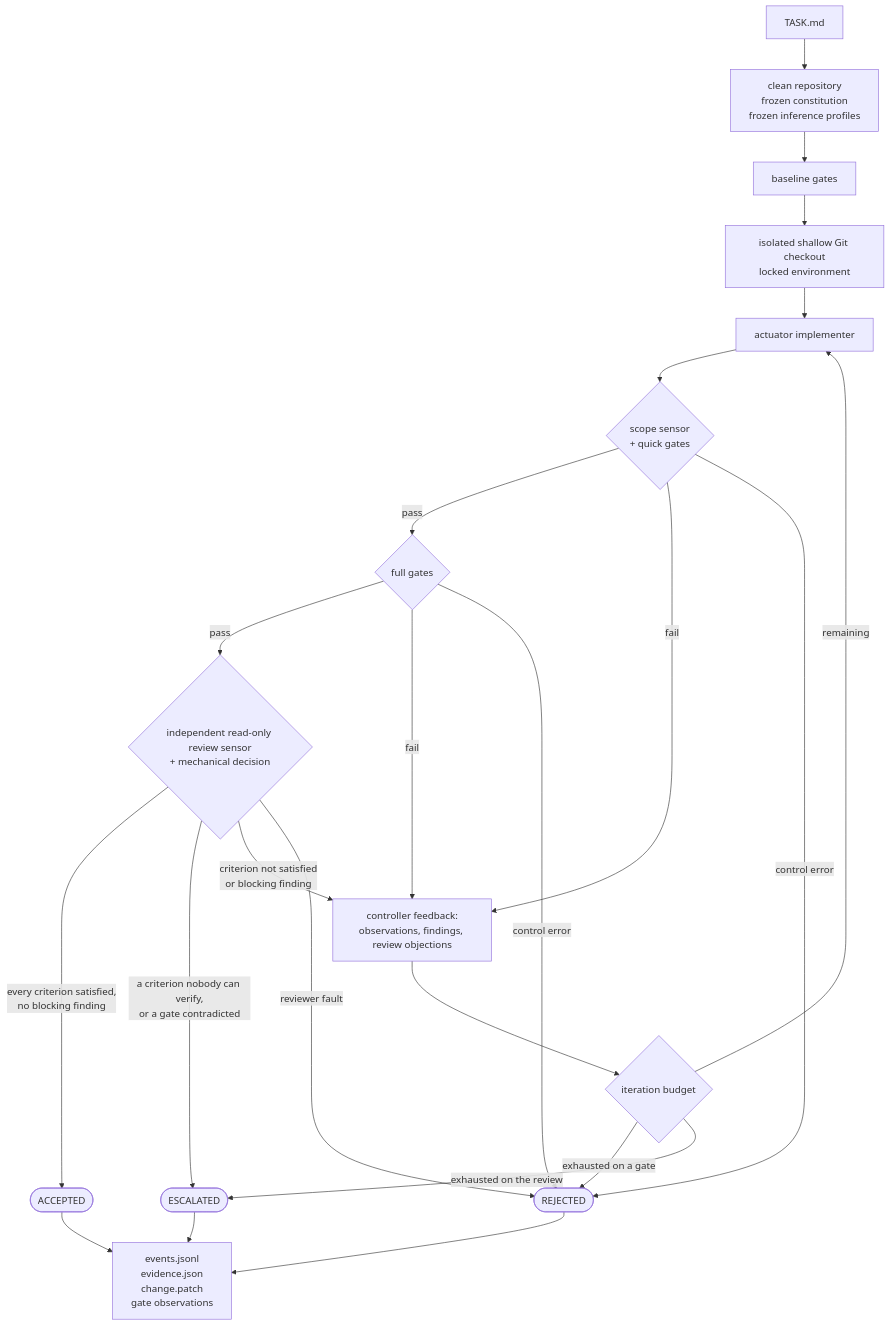
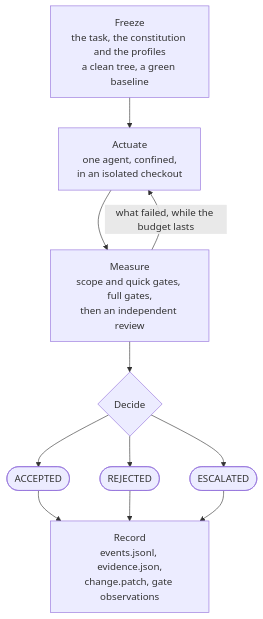
The diagram in README.md (jeanjerome/codeservo), drawn with Mermaid before and after one commit. The commit also changed other lines of this file and 14 other files, not shown here.

````diff
--- a/README.md
+++ b/README.md
@@ -18,25 +26,17 @@
 ```mermaid
 flowchart TD
-    task["TASK.md"] --> frozen["clean repository<br/>frozen constitution<br/>frozen inference profiles"]
-    frozen --> baseline["baseline gates"]
-    baseline --> checkout["isolated shallow Git checkout<br/>locked environment"]
-    checkout --> implementer["actuator implementer"]
-    implementer --> quick{"scope sensor<br/>+ quick gates"}
-    quick -- pass --> full{"full gates"}
-    full -- pass --> review{"independent read-only review sensor<br/>+ mechanical decision"}
-    review -- every criterion satisfied,<br/>no blocking finding --> accepted(["ACCEPTED"])
-    review -- a criterion nobody can verify,<br/>or a gate contradicted --> escalated(["ESCALATED"])
-    quick -- fail --> feedback["controller feedback:<br/>observations, findings, review objections"]
-    full -- fail --> feedback
-    review -- criterion not satisfied<br/>or blocking finding --> feedback
-    feedback --> budget{"iteration budget"}
-    budget -- remaining --> implementer
-    budget -- exhausted on a gate --> rejected(["REJECTED"])
-    budget -- exhausted on the review --> escalated
-    quick -- control error --> rejected
-    full -- control error --> rejected
-    review -- reviewer fault --> rejected
-    accepted --> record["events.jsonl<br/>evidence.json<br/>change.patch<br/>gate observations"]
+    freeze["Freeze<br/>the task, the constitution and the profiles<br/>a clean tree, a green baseline"]
+    actuate["Actuate<br/>one agent, confined,<br/>in an isolated checkout"]
+    measure["Measure<br/>scope and quick gates, full gates,<br/>then an independent review"]
+    decide{"Decide"}
+    record["Record<br/>events.jsonl, evidence.json,<br/>change.patch, gate observations"]
+
+    freeze --> actuate --> measure --> decide
+    measure -- "what failed, while the budget lasts" --> actuate
+    decide --> accepted(["ACCEPTED"])
+    decide --> rejected(["REJECTED"])
+    decide --> escalated(["ESCALATED"])
+    accepted --> record
     rejected --> record
     escalated --> record
 ```
````
